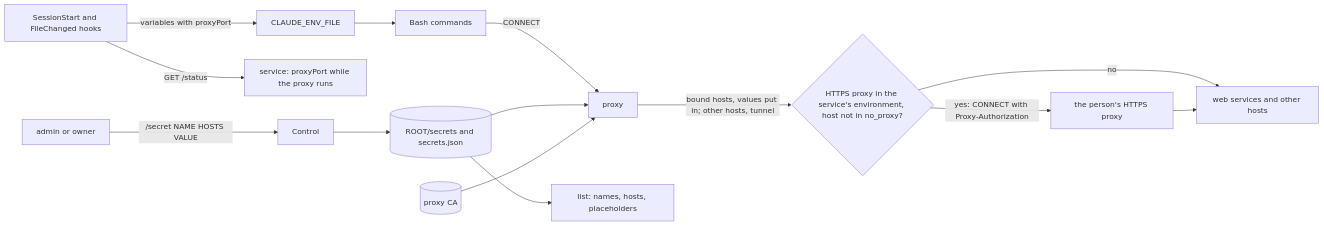
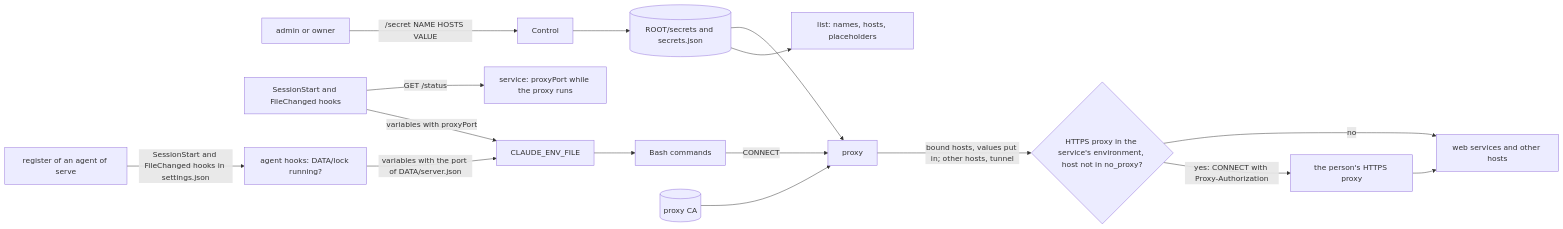
Before and after one commit to evgeny-simplex/simplex-chat: the fourth of 5 diagrams in plans/2026-11-13-mcp-secrets.md, drawn with Mermaid. The commit also changed other lines of this file and 13 other files, not shown here.

Commit message:
mcp: register adds SessionStart and FileChanged hooks of an agent of serve to Claude Code's settings; they write the proxy variables while serve runs and the agent has secrets

````diff
--- a/plans/2026-11-13-mcp-secrets.md
+++ b/plans/2026-11-13-mcp-secrets.md
@@ -365,16 +365,18 @@
 ```mermaid
 flowchart LR
   AD[admin or owner] -->|/secret NAME HOSTS VALUE| CT[Control]
   CT --> ST[(ROOT/secrets and secrets.json)]
   HK[SessionStart and FileChanged hooks] -->|GET /status| SV[service: proxyPort while the proxy runs]
   HK -->|variables with proxyPort| EF[CLAUDE_ENV_FILE]
+  RG[register of an agent of serve] -->|SessionStart and FileChanged hooks in settings.json| AH[agent hooks: DATA/lock running?]
+  AH -->|variables with the port of DATA/server.json| EF
   EF --> BC[Bash commands]
   BC -->|CONNECT| PX[proxy]
   ST --> PX
   CA[(proxy CA)] --> PX
   PX -->|bound hosts, values put in; other hosts, tunnel| NP{"HTTPS proxy in the service's environment, host not in no_proxy?"}
   NP -->|no| WS[web services and other hosts]
   NP -->|yes: CONNECT with Proxy-Authorization| PP[the person's HTTPS proxy]
   PP --> WS
   ST --> LS[list: names, hosts, placeholders]
 ```
````
